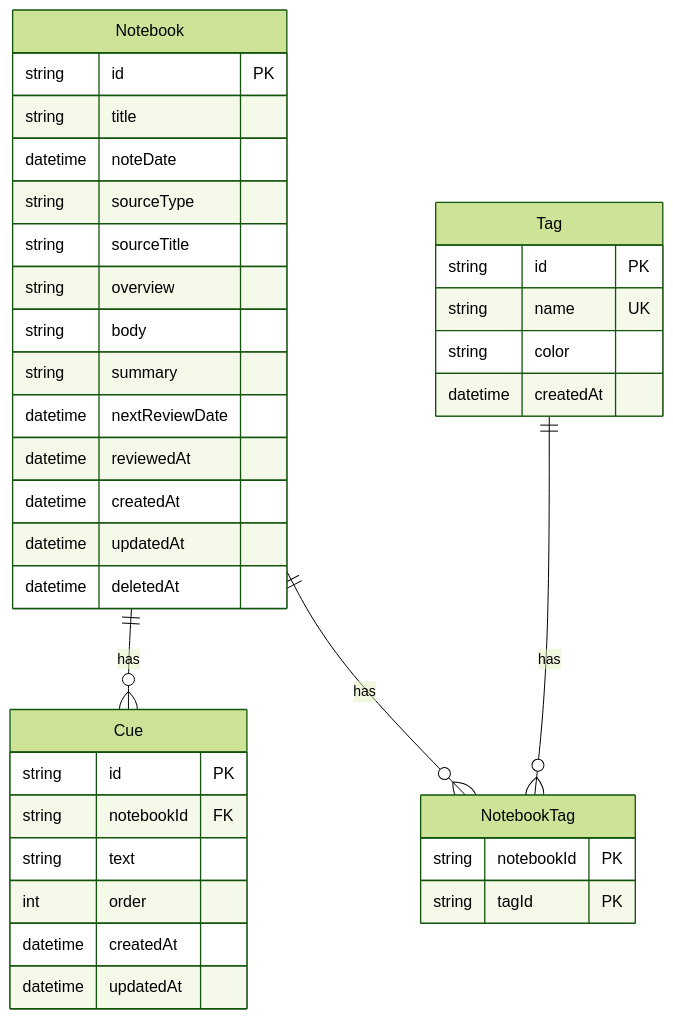
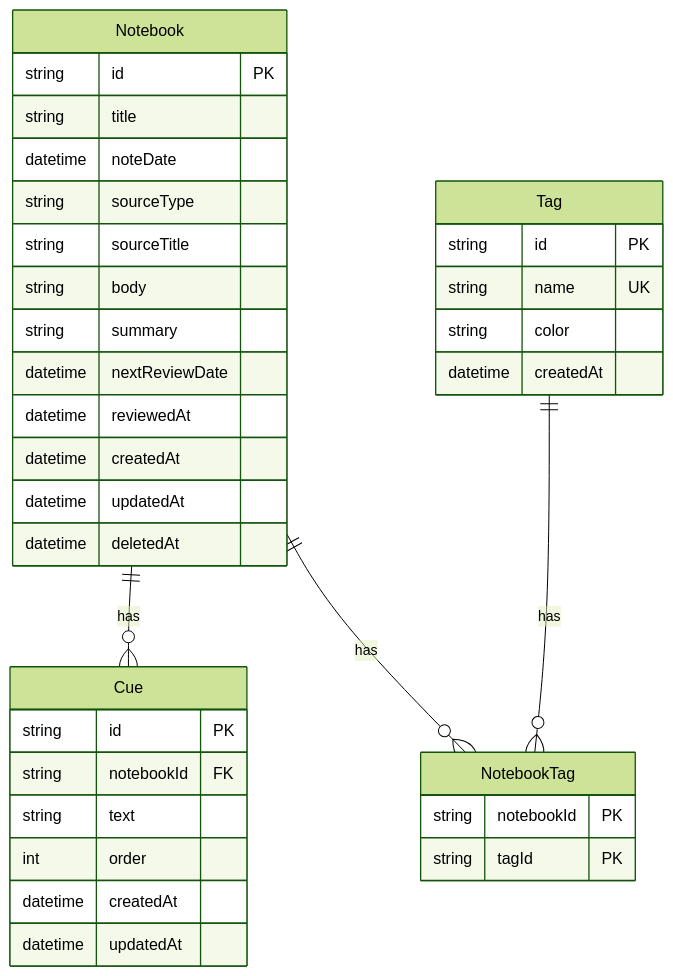
The diagram in doc/diagrams/assets/mmd/mvp-er-diagram-01-notebook-cue-tag-notebooktag.mmd (ka-akehi/Cornell-Method), drawn with Mermaid (forest theme) before and after one commit. The commit also changed 111 other files, not shown here.

```diff
--- a/doc/diagrams/assets/mmd/mvp-er-diagram-01-notebook-cue-tag-notebooktag.mmd
+++ b/doc/diagrams/assets/mmd/mvp-er-diagram-01-notebook-cue-tag-notebooktag.mmd
@@ -1,41 +1,40 @@
 erDiagram
   Notebook ||--o{ Cue : has
   Notebook ||--o{ NotebookTag : has
   Tag ||--o{ NotebookTag : has
 
   Notebook {
     string id PK
     string title
     datetime noteDate
     string sourceType
     string sourceTitle
-    string overview
     string body
     string summary
     datetime nextReviewDate
     datetime reviewedAt
     datetime createdAt
     datetime updatedAt
     datetime deletedAt
   }
 
   Cue {
     string id PK
     string notebookId FK
     string text
     int order
     datetime createdAt
     datetime updatedAt
   }
 
   Tag {
     string id PK
     string name UK
     string color
     datetime createdAt
   }
 
   NotebookTag {
     string notebookId PK
     string tagId PK
   }
```
